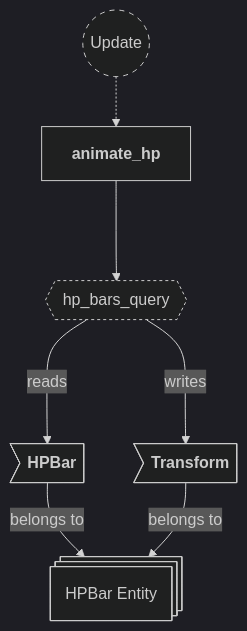
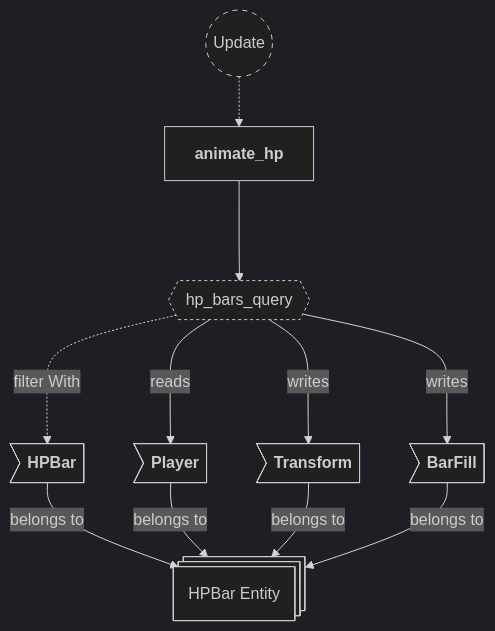
One commit to neurosoup/tyled changed diagram 17 of 22 in backlog/docs/doc-14 - 012-HUD-plugin.md. Above: the diagram before and after it, drawn with Mermaid. The commit also changed other lines of this file and 2 other files, not shown here.

````diff
--- a/backlog/docs/doc-14 - 012-HUD-plugin.md
+++ b/backlog/docs/doc-14 - 012-HUD-plugin.md
@@ -608,26 +633,30 @@
 ```mermaid
 ---
 config:
   theme: dark
 ---
 
 flowchart TD
 classDef system-group stroke-dasharray: 5 5
 classDef query stroke-dasharray: 3 3
 
 update(("`Update`")):::system-group
 animate_hp["`**animate_hp**`"]
 
 update -.-> animate_hp
 
 hp_bars_query{{"`hp_bars_query`"}}:::query
 animate_hp ---> hp_bars_query
 
 hp_bar_entity@{ shape: st-rect, label: "HPBar Entity" }
 
 hb_hp_bar>"`**HPBar**`"] --> |belongs to| hp_bar_entity
+hb_player>"`**Player**`"] --> |belongs to| hp_bar_entity
 hb_transform>"`**Transform**`"] --> |belongs to| hp_bar_entity
+hb_fill>"`**BarFill**`"] --> |belongs to| hp_bar_entity
 
-hp_bars_query ---> |reads| hb_hp_bar
+hp_bars_query ---> |reads| hb_player
 hp_bars_query ---> |writes| hb_transform
+hp_bars_query ---> |writes| hb_fill
+hp_bars_query -..-> |filter With| hb_hp_bar
 ```
````
